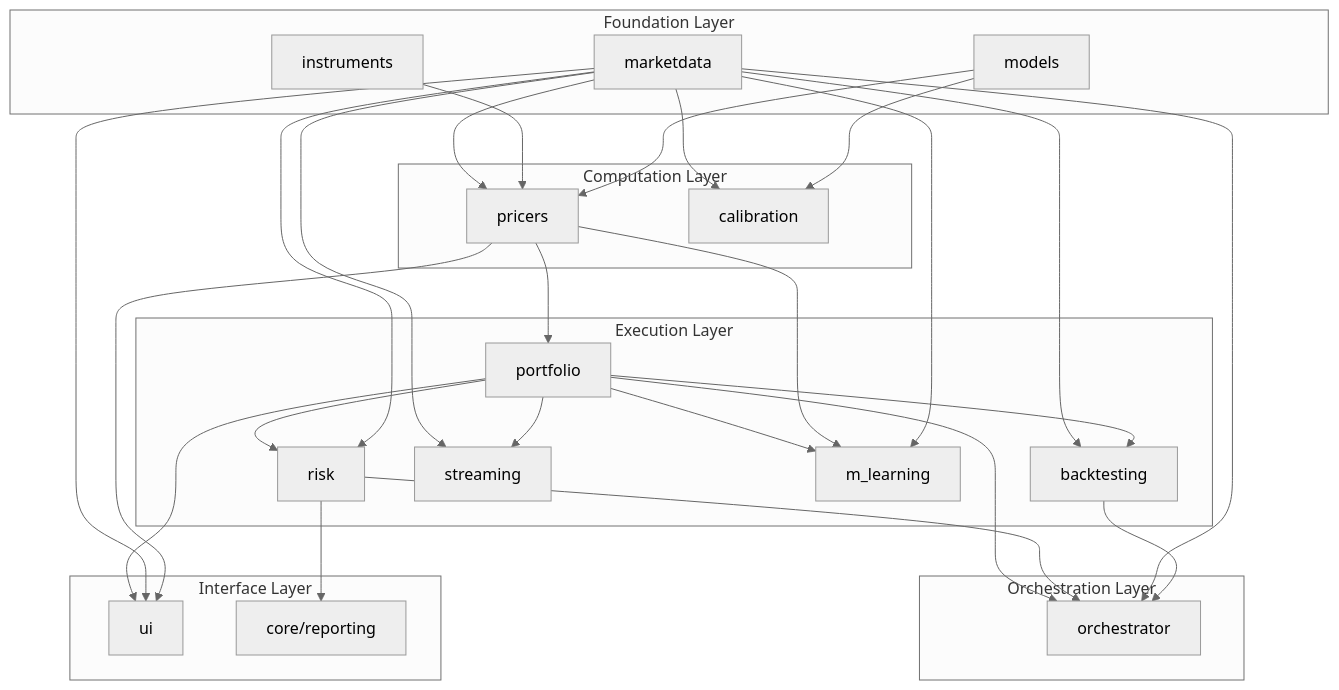
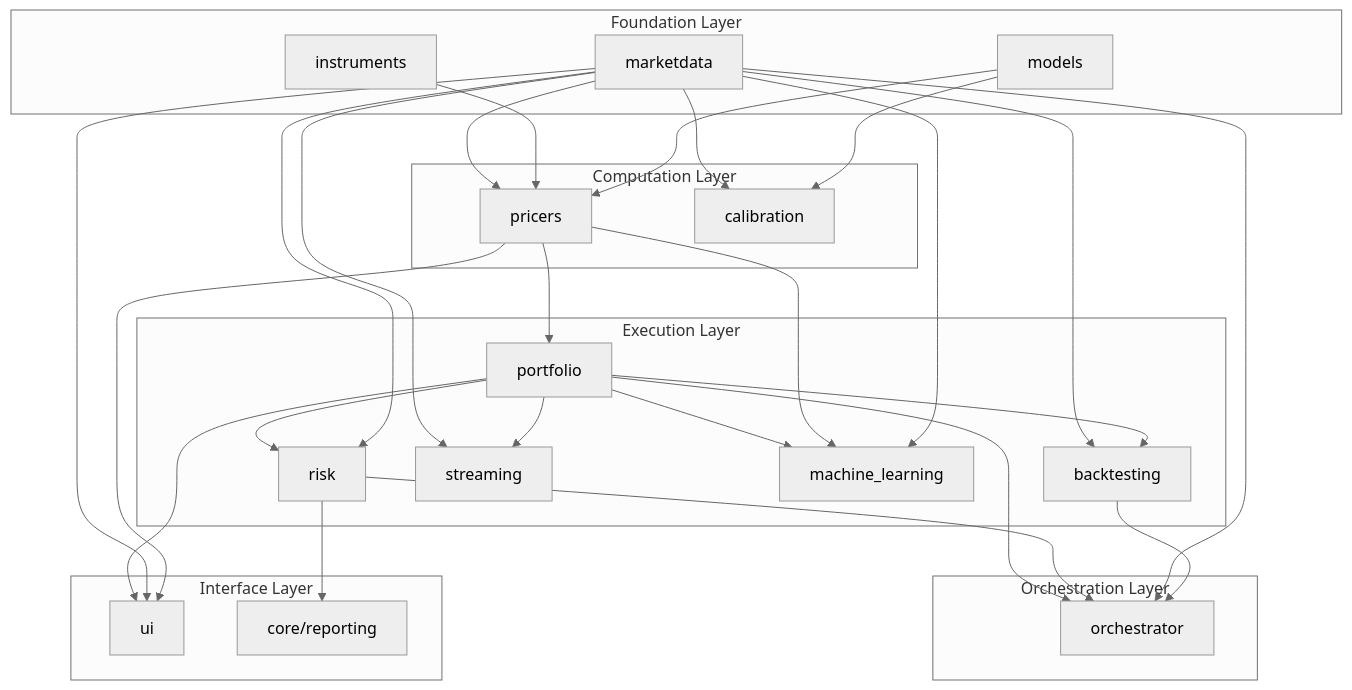
One commit to JStevens95/QuantStrata changed the first of 12 diagrams in docs/architecture/ecosystem_diagrams.md. Above: the diagram before and after it, drawn with Mermaid (neutral theme). The commit also changed other lines of this file and 94 other files, not shown here.

First line of the commit message:
Refactor m_learning to machine_learning and Update Documentation

````diff
--- a/docs/architecture/ecosystem_diagrams.md
+++ b/docs/architecture/ecosystem_diagrams.md
@@ -11,61 +11,61 @@
 ```mermaid
 graph TB
     subgraph foundation [Foundation Layer]
         MD[marketdata]
         INST[instruments]
         MOD[models]
     end
 
     subgraph computation [Computation Layer]
         PRC[pricers]
         CAL[calibration]
     end
 
     subgraph execution [Execution Layer]
         PORT[portfolio]
         RISK[risk]
         BT[backtesting]
         STR[streaming]
-        ML[m_learning]
+        ML[machine_learning]
     end
 
     subgraph orchestration [Orchestration Layer]
         ORCH[orchestrator]
     end
 
     subgraph interface [Interface Layer]
         UI[ui]
         CORE[core/reporting]
     end
 
     MD --> PRC
     INST --> PRC
     MOD --> PRC
 
     MD --> CAL
     MOD --> CAL
 
     PRC --> PORT
     PORT --> RISK
     MD --> RISK
 
     MD --> BT
     PORT --> BT
 
     MD --> STR
     PORT --> STR
 
     PORT --> ML
     PRC --> ML
     MD --> ML
 
     PORT --> ORCH
     RISK --> ORCH
     MD --> ORCH
     BT --> ORCH
 
     PORT --> UI
     MD --> UI
     PRC --> UI
     RISK --> CORE
 ```
````
